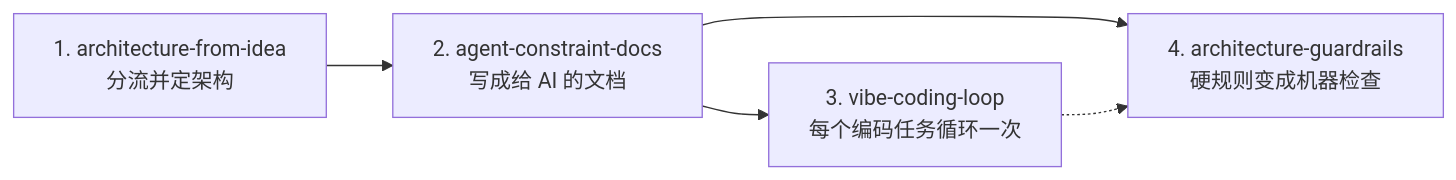
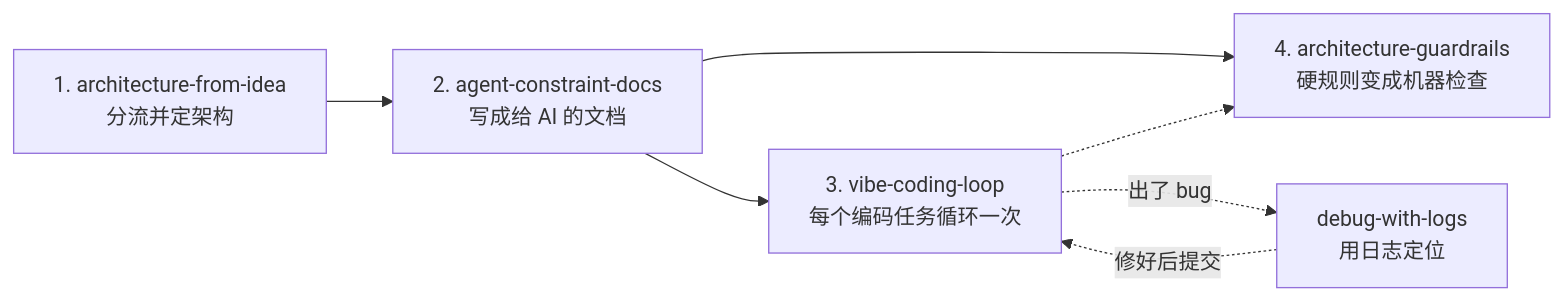
One commit to wisdom-km/agent-skills changed the first of 2 diagrams in README.md. Above: the diagram before and after it, drawn with Mermaid. The commit also changed other lines of this file and 10 other files, not shown here.

First line of the commit message:
Add debug-with-logs skill and detailed logging guidance

````diff
--- a/README.md
+++ b/README.md
@@ -49,7 +52,9 @@
 ```mermaid
 flowchart LR
   A["1. architecture-from-idea<br/>分流并定架构"] --> B["2. agent-constraint-docs<br/>写成给 AI 的文档"]
   B --> C["3. vibe-coding-loop<br/>每个编码任务循环一次"]
   B --> D["4. architecture-guardrails<br/>硬规则变成机器检查"]
   C -.-> D
+  C -. 出了 bug .-> E["debug-with-logs<br/>用日志定位"]
+  E -. 修好后提交 .-> C
 ```
````
